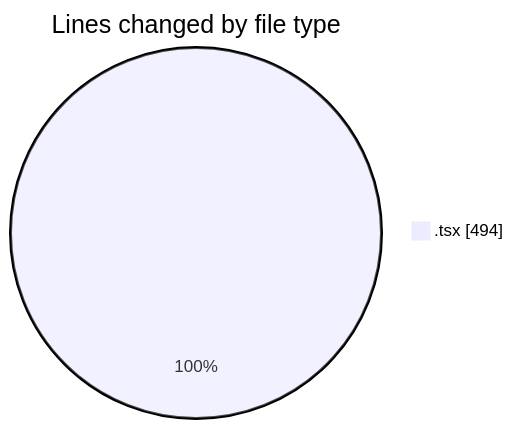
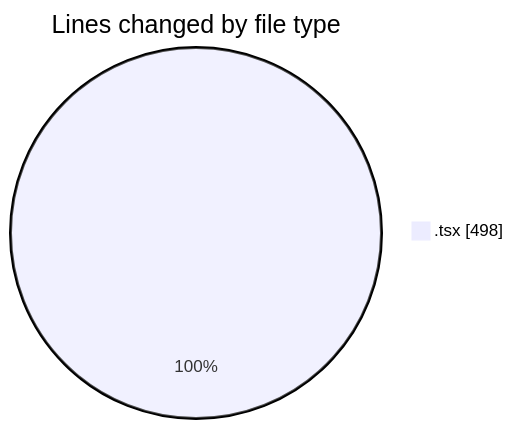
One commit to JenPaints/code-tracking changed the first of 2 diagrams in 2025-07-26/cohera/README.md. Above: the diagram before and after it, drawn with Mermaid. The commit also changed other lines of this file and 1 other file, not shown here.

````diff
--- a/2025-07-26/cohera/README.md
+++ b/2025-07-26/cohera/README.md
@@ -22,5 +22,5 @@
 ```mermaid
 pie showData
 title Lines changed by file type
-".tsx" : 494
+".tsx" : 498
 ```
````
